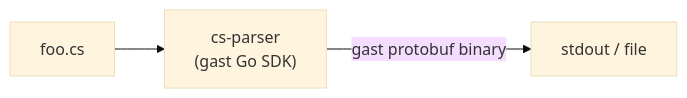
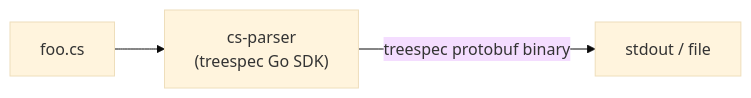
One commit to UnstoppableMango/gast changed the second of 6 diagrams in docs/USE-CASES.md. Above: the diagram before and after it, drawn with Mermaid (base theme). The commit also changed other lines of this file and 15 other files, not shown here.

````diff
--- a/docs/USE-CASES.md
+++ b/docs/USE-CASES.md
@@ -41,5 +41,5 @@
 ```mermaid
 flowchart LR
-    src["foo.cs"] --> tool["cs-parser\n(gast Go SDK)"]
-    tool -->|"gast protobuf binary"| out["stdout / file"]
+    src["foo.cs"] --> tool["cs-parser\n(treespec Go SDK)"]
+    tool -->|"treespec protobuf binary"| out["stdout / file"]
 ```
````
